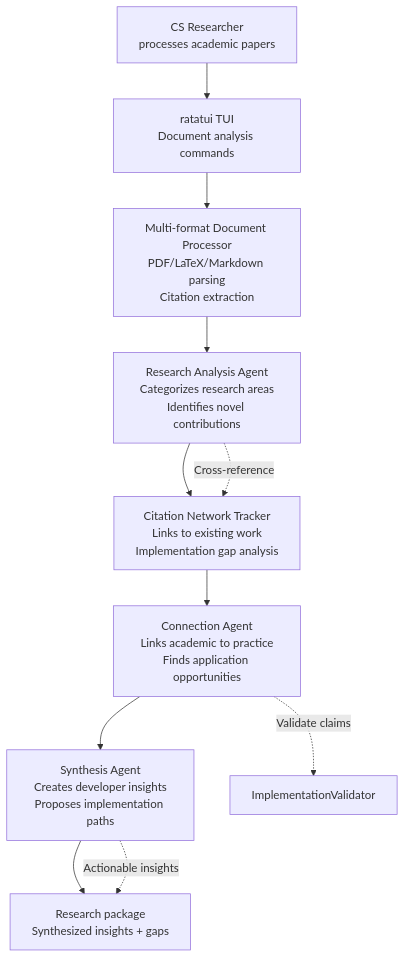
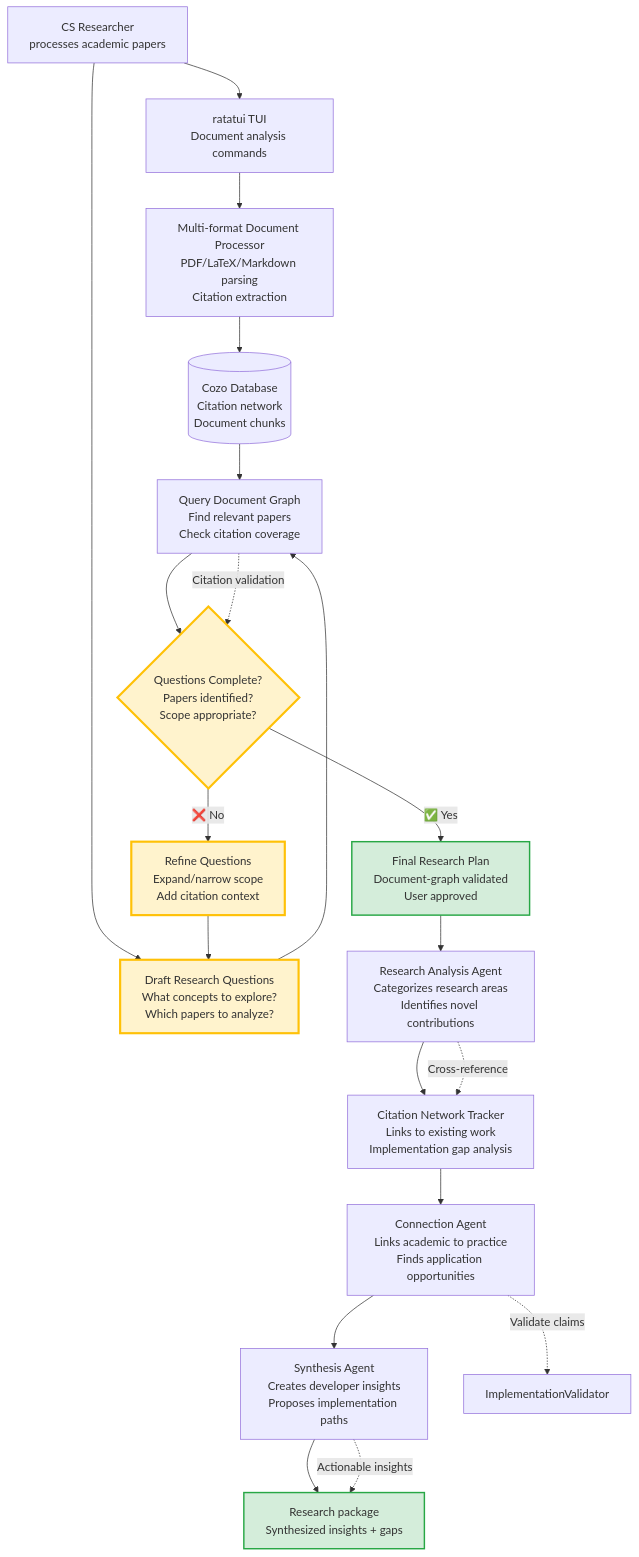
One commit to that-in-rust/transfiguration changed the fourth of 17 diagrams in Insp09_ActiveWorkspaces_StrategicInitiatives/Insp04_PRD202510/P14ThreeJourneys.md. Above: the diagram before and after it, drawn with Mermaid. The commit also changed other lines of this file and 1 other file, not shown here.

Commit message:
Insp09_ActiveWorkspaces_StrategicInitiatives/Insp04_PRD202510/P15ValidateArchitecture.md

````diff
--- a/Insp09_ActiveWorkspaces_StrategicInitiatives/Insp04_PRD202510/P14ThreeJourneys.md
+++ b/Insp09_ActiveWorkspaces_StrategicInitiatives/Insp04_PRD202510/P14ThreeJourneys.md
@@ -157,15 +212,37 @@
 ```mermaid
 flowchart TD
     Academic["CS Researcher<br/>processes academic papers"] --> TUI["ratatui TUI<br/>Document analysis commands"]
     TUI --> DocumentProcessor["Multi-format Document Processor<br/>PDF/LaTeX/Markdown parsing<br/>Citation extraction"]
-    DocumentProcessor --> ResearchAnalyzer["Research Analysis Agent<br/>Categorizes research areas<br/>Identifies novel contributions"]
+    DocumentProcessor --> CozoDB[("Cozo Database<br/>Citation network<br/>Document chunks")]
+    
+    %% PRD Iteration Loop for Research Questions
+    Academic --> RESEARCH_DRAFT["Draft Research Questions<br/>What concepts to explore?<br/>Which papers to analyze?"]
+    RESEARCH_DRAFT --> DOC_QUERY["Query Document Graph<br/>Find relevant papers<br/>Check citation coverage"]
+    
+    CozoDB --> DOC_QUERY
+    DOC_QUERY --> VALIDATE{Questions Complete?<br/>Papers identified?<br/>Scope appropriate?}
+    
+    VALIDATE -->|❌ No| REFINE["Refine Questions<br/>Expand/narrow scope<br/>Add citation context"]
+    REFINE --> RESEARCH_DRAFT
+    
+    VALIDATE -->|✅ Yes| RESEARCH_FINAL["Final Research Plan<br/>Document-graph validated<br/>User approved"]
+    
+    %% Research Analysis with Citation Network
+    RESEARCH_FINAL --> ResearchAnalyzer["Research Analysis Agent<br/>Categorizes research areas<br/>Identifies novel contributions"]
     ResearchAnalyzer --> CitationTracker["Citation Network Tracker<br/>Links to existing work<br/>Implementation gap analysis"]
     CitationTracker --> ConnectionAgent["Connection Agent<br/>Links academic to practice<br/>Finds application opportunities"]
     ConnectionAgent --> SynthesisAgent["Synthesis Agent<br/>Creates developer insights<br/>Proposes implementation paths"]
     SynthesisAgent --> ResearchPackage["Research package<br/>Synthesized insights + gaps"]
 
     %% Academic rigor features
     ResearchAnalyzer -.->|Cross-reference| CitationTracker
     ConnectionAgent -.->|Validate claims| ImplementationValidator
     SynthesisAgent -.->|Actionable insights| ResearchPackage
+    DOC_QUERY -.->|Citation validation| VALIDATE
+    
+    %% Styling
+    classDef critical fill:#fff3cd,stroke:#ffc107,stroke-width:3px
+    classDef success fill:#d4edda,stroke:#28a745,stroke-width:2px
+    class RESEARCH_DRAFT,REFINE,VALIDATE critical
+    class RESEARCH_FINAL,ResearchPackage success
 ```
````
